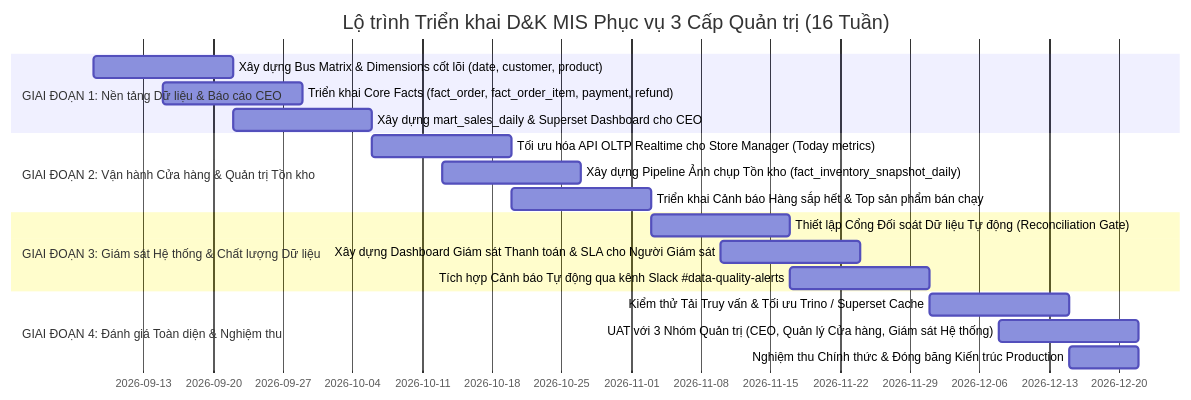
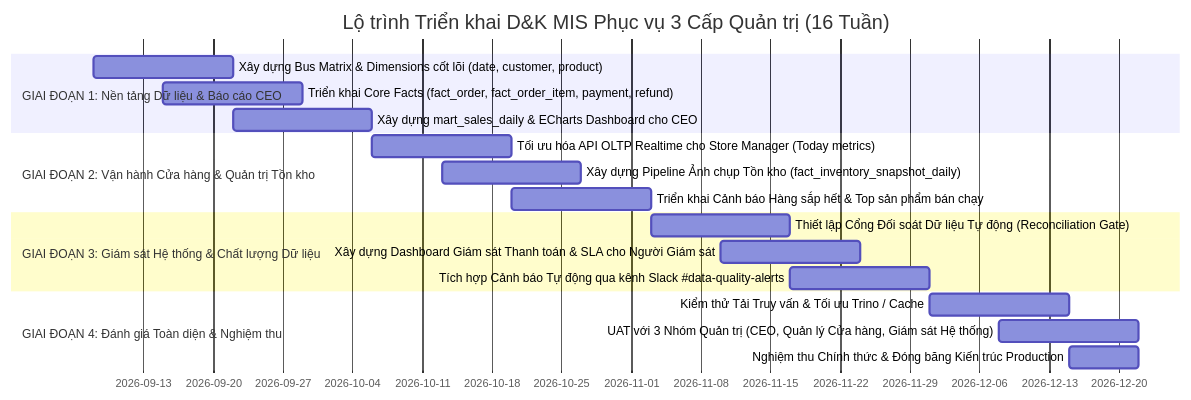
Before and after one commit to DanhTrannn/TLCN: the sixth of 6 diagrams in docs/architecture/MANAGEMENT_INFO_TECHNICAL_SPEC.md, drawn with Mermaid. The commit also changed other lines of this file and 8 other files, not shown here.

Commit message:
docs: remove all legacy Apache Superset references in favor of Apache ECharts and Trino

````diff
--- a/docs/architecture/MANAGEMENT_INFO_TECHNICAL_SPEC.md
+++ b/docs/architecture/MANAGEMENT_INFO_TECHNICAL_SPEC.md
@@ -530,21 +528,21 @@
 ```mermaid
 gantt
     title Lộ trình Triển khai D&K MIS Phục vụ 3 Cấp Quản trị (16 Tuần)
     dateFormat  YYYY-MM-DD
     section GIAI ĐOẠN 1: Nền tảng Dữ liệu & Báo cáo CEO
     Xây dựng Bus Matrix & Dimensions cốt lõi (date, customer, product) :2026-09-08, 14d
     Triển khai Core Facts (fact_order, fact_order_item, payment, refund) :2026-09-15, 14d
-    Xây dựng mart_sales_daily & Superset Dashboard cho CEO            :2026-09-22, 14d
+    Xây dựng mart_sales_daily & ECharts Dashboard cho CEO            :2026-09-22, 14d
     section GIAI ĐOẠN 2: Vận hành Cửa hàng & Quản trị Tồn kho
     Tối ưu hóa API OLTP Realtime cho Store Manager (Today metrics)    :2026-10-06, 14d
     Xây dựng Pipeline Ảnh chụp Tồn kho (fact_inventory_snapshot_daily)  :2026-10-13, 14d
     Triển khai Cảnh báo Hàng sắp hết & Top sản phẩm bán chạy          :2026-10-20, 14d
     section GIAI ĐOẠN 3: Giám sát Hệ thống & Chất lượng Dữ liệu
     Thiết lập Cổng Đối soát Dữ liệu Tự động (Reconciliation Gate)     :2026-11-03, 14d
     Xây dựng Dashboard Giám sát Thanh toán & SLA cho Người Giám sát   :2026-11-10, 14d
     Tích hợp Cảnh báo Tự động qua kênh Slack #data-quality-alerts     :2026-11-17, 14d
     section GIAI ĐOẠN 4: Đánh giá Toàn diện & Nghiệm thu
-    Kiểm thử Tải Truy vấn & Tối ưu Trino / Superset Cache             :2026-12-01, 14d
+    Kiểm thử Tải Truy vấn & Tối ưu Trino / Cache                      :2026-12-01, 14d
     UAT với 3 Nhóm Quản trị (CEO, Quản lý Cửa hàng, Giám sát Hệ thống):2026-12-08, 14d
     Nghiệm thu Chính thức & Đóng băng Kiến trúc Production            :2026-12-15, 7d
 ```
````
